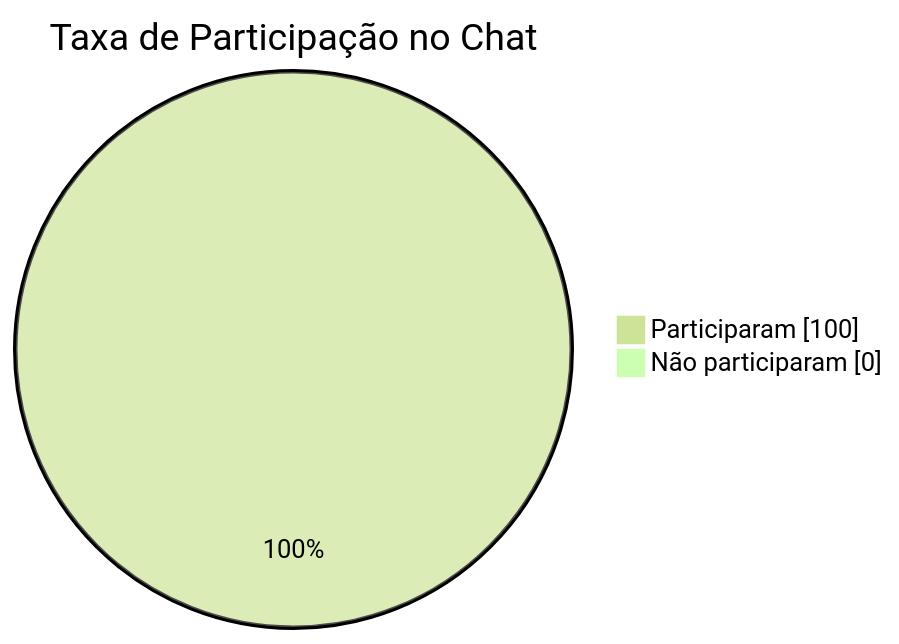
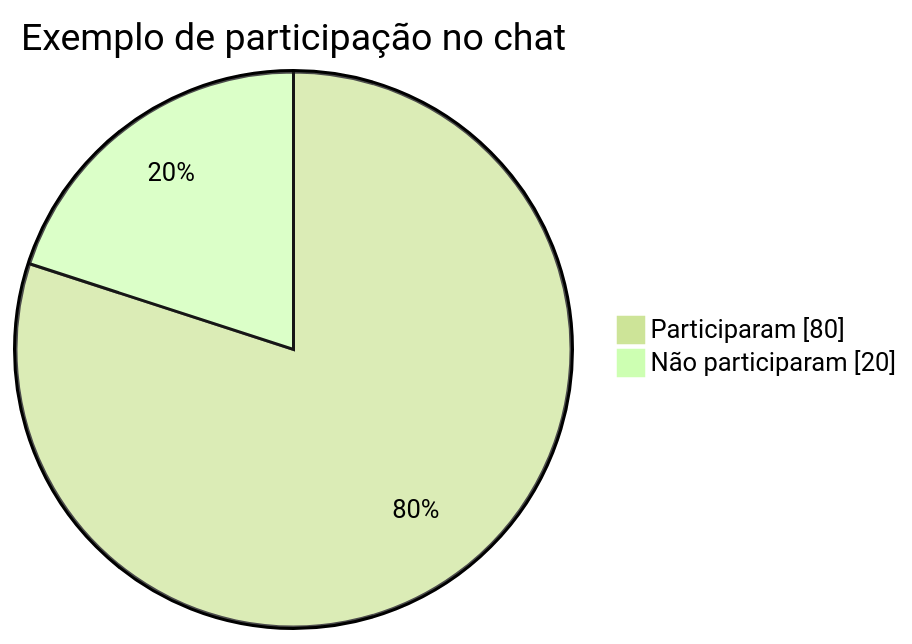
One commit to Ennzzo/acadus changed the fifth of 6 diagrams in docs/performance-indicators.md. Above: the diagram before and after it, drawn with Mermaid (forest theme). The commit also changed other lines of this file and 16 other files, not shown here.

````diff
--- a/docs/performance-indicators.md
+++ b/docs/performance-indicators.md
@@ -126,6 +183,6 @@
 ```mermaid
 pie showData
-    title Taxa de Participação no Chat
-    "Participaram" : 100
-    "Não participaram" : 0
+    title Exemplo de participação no chat
+    "Participaram" : 80
+    "Não participaram" : 20
 ```
````
